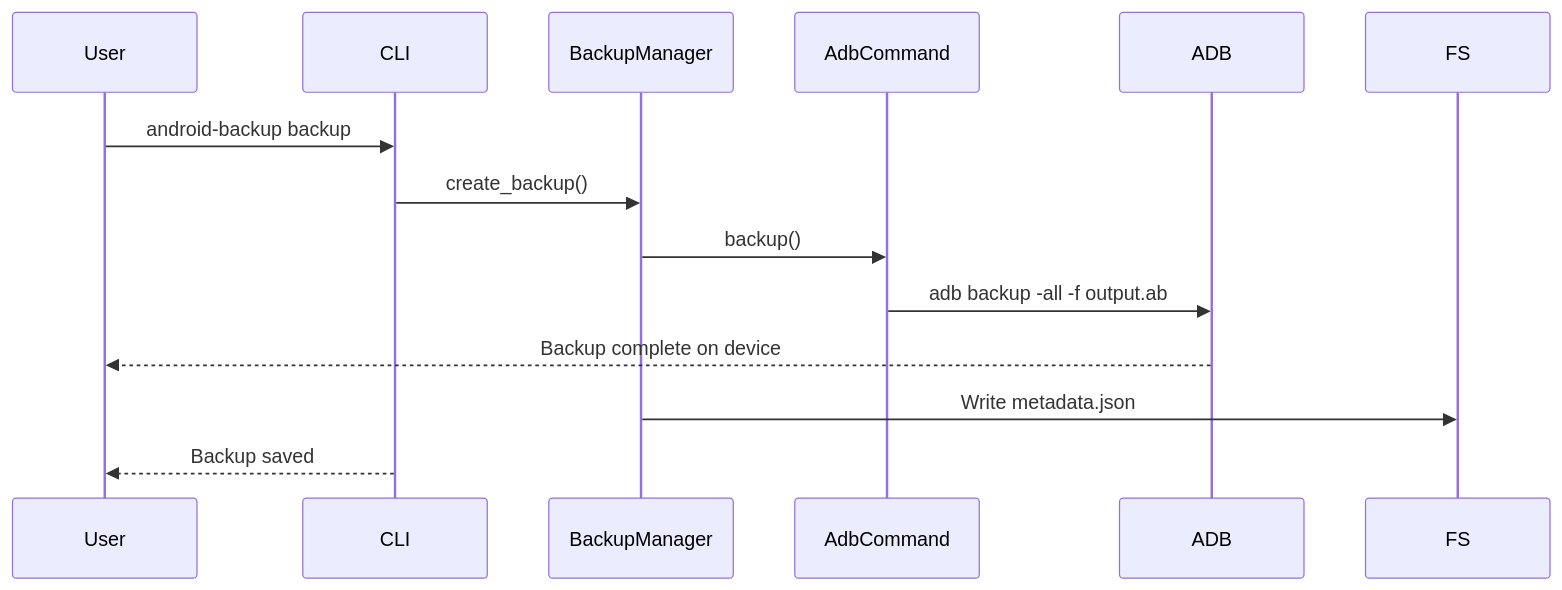
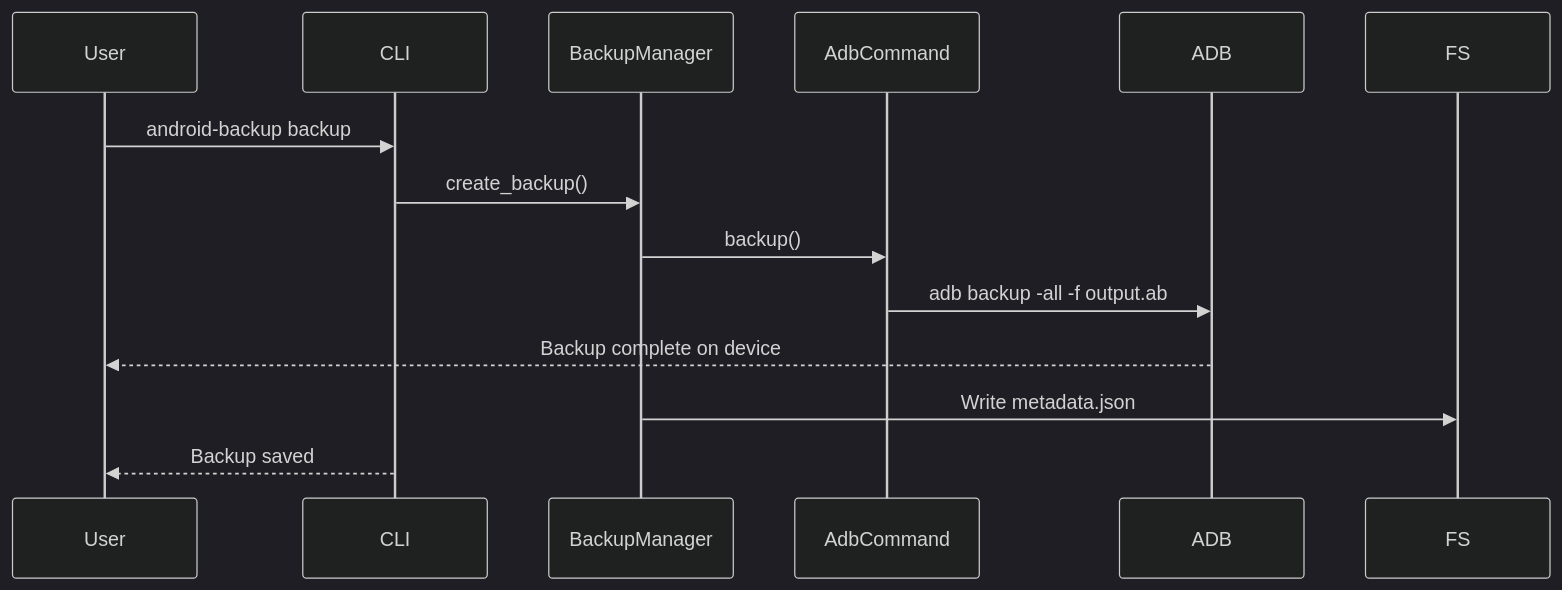
The second of 3 diagrams in DESIGN.md (gdellis/android-backup), drawn with Mermaid before and after one commit. The commit also changed other lines of this file, not shown here.

Commit message:
docs: apply dark theme to mermaid diagrams

````diff
--- a/DESIGN.md
+++ b/DESIGN.md
@@ -167,16 +168,17 @@
 ```mermaid
+%%{ init: { "theme": "dark" } }%%
 sequenceDiagram
     participant User
     participant CLI
     participant BackupManager
     participant AdbCommand
     participant ADB
 
     User->>CLI: android-backup backup
     CLI->>BackupManager: create_backup()
     BackupManager->>AdbCommand: backup()
     AdbCommand->>ADB: adb backup -all -f output.ab
     ADB-->>User: Backup complete on device
     BackupManager->>FS: Write metadata.json
     CLI-->>User: Backup saved
 ```
````
